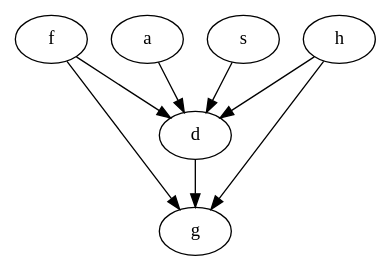
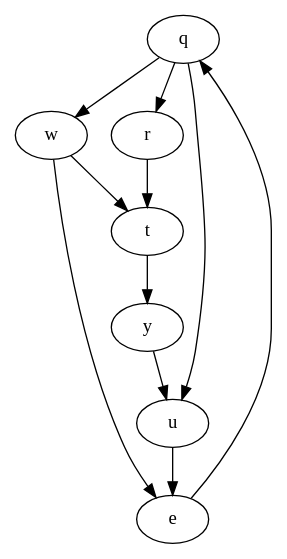
Before and after one commit to alexandrepsjf/Grafos: the diagram in TeoriaDosGrafos/src/os/dot/fileS.dot, drawn with Graphviz. The commit also changed 4 other files, not shown here.

```diff
--- a/TeoriaDosGrafos/src/os/dot/fileS.dot
+++ b/TeoriaDosGrafos/src/os/dot/fileS.dot
@@ -1,1 +1,11 @@
-digraph G {a -> d ;f -> d ;h -> g ;h -> d ;s -> d ;f -> g ;d -> g ;}
+digraph G {q -> w ;
+w -> e ;
+q -> r ;
+r -> t ;
+t -> y ;
+y -> u ;
+q -> u ;
+u -> e ;
+e -> q ;
+w -> t ;
+}
```
